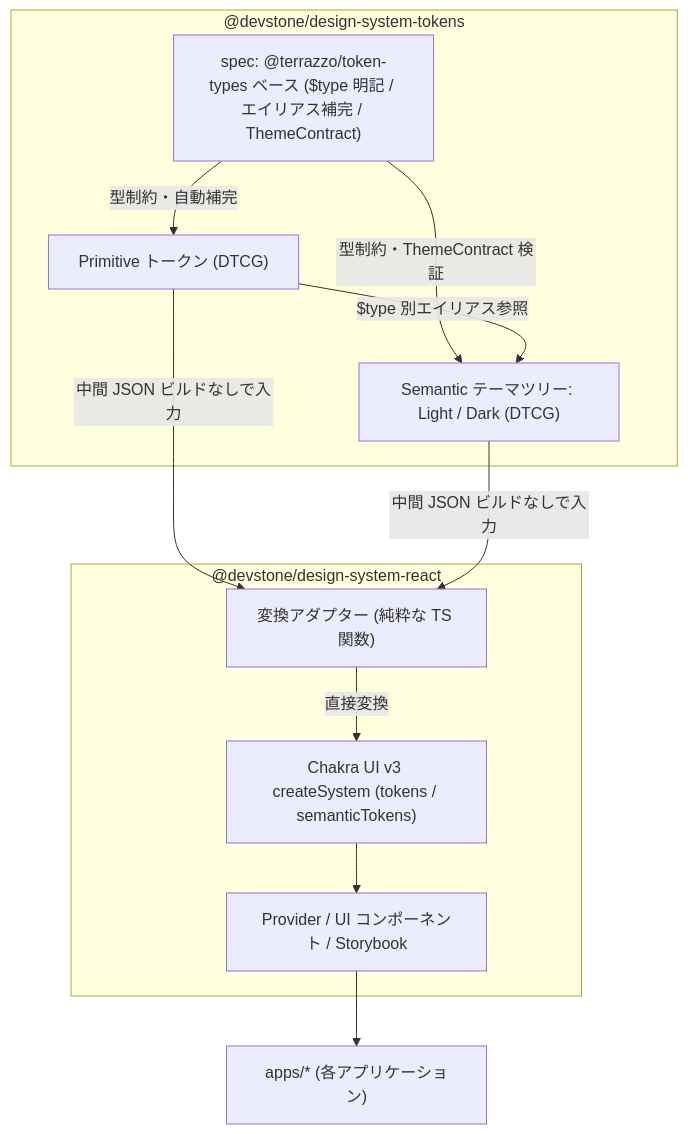
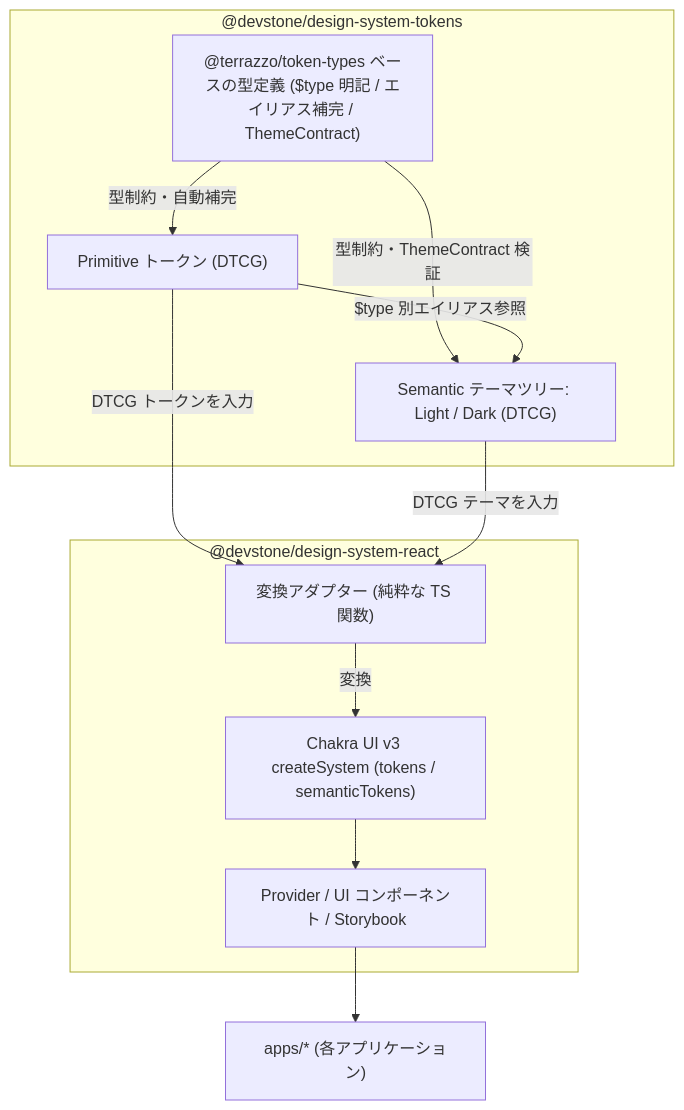
Before and after one commit to k-rf/devstone: the second of 2 diagrams in packages/design-system/README.md, drawn with Mermaid. The commit also changed other lines of this file, not shown here.

````diff
--- a/packages/design-system/README.md
+++ b/packages/design-system/README.md
@@ -66,27 +67,27 @@
 ```mermaid
 graph TD
     subgraph tokens_pkg["@devstone/design-system-tokens"]
-        spec["spec: @terrazzo/token-types ベース ($type 明記 / エイリアス補完 / ThemeContract)"]
+        types["@terrazzo/token-types ベースの型定義 ($type 明記 / エイリアス補完 / ThemeContract)"]
         primitives["Primitive トークン (DTCG)"]
         themes["Semantic テーマツリー: Light / Dark (DTCG)"]
 
-        spec -->|型制約・自動補完| primitives
-        spec -->|型制約・ThemeContract 検証| themes
+        types -->|型制約・自動補完| primitives
+        types -->|型制約・ThemeContract 検証| themes
         primitives -->|$type 別エイリアス参照| themes
     end
 
     subgraph react_pkg["@devstone/design-system-react"]
         adapter["変換アダプター (純粋な TS 関数)"]
         system["Chakra UI v3 createSystem (tokens / semanticTokens)"]
         ui["Provider / UI コンポーネント / Storybook"]
 
-        adapter -->|直接変換| system
+        adapter -->|変換| system
         system --> ui
     end
 
     apps["apps/* (各アプリケーション)"]
 
-    primitives -->|中間 JSON ビルドなしで入力| adapter
-    themes -->|中間 JSON ビルドなしで入力| adapter
+    primitives -->|DTCG トークンを入力| adapter
+    themes -->|DTCG テーマを入力| adapter
     ui --> apps
 ```
````
